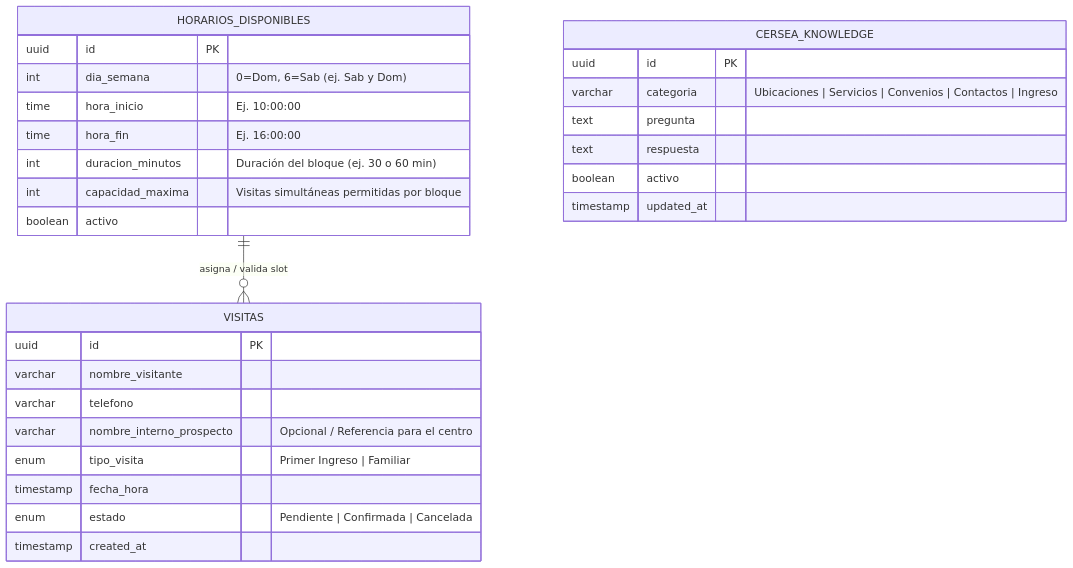
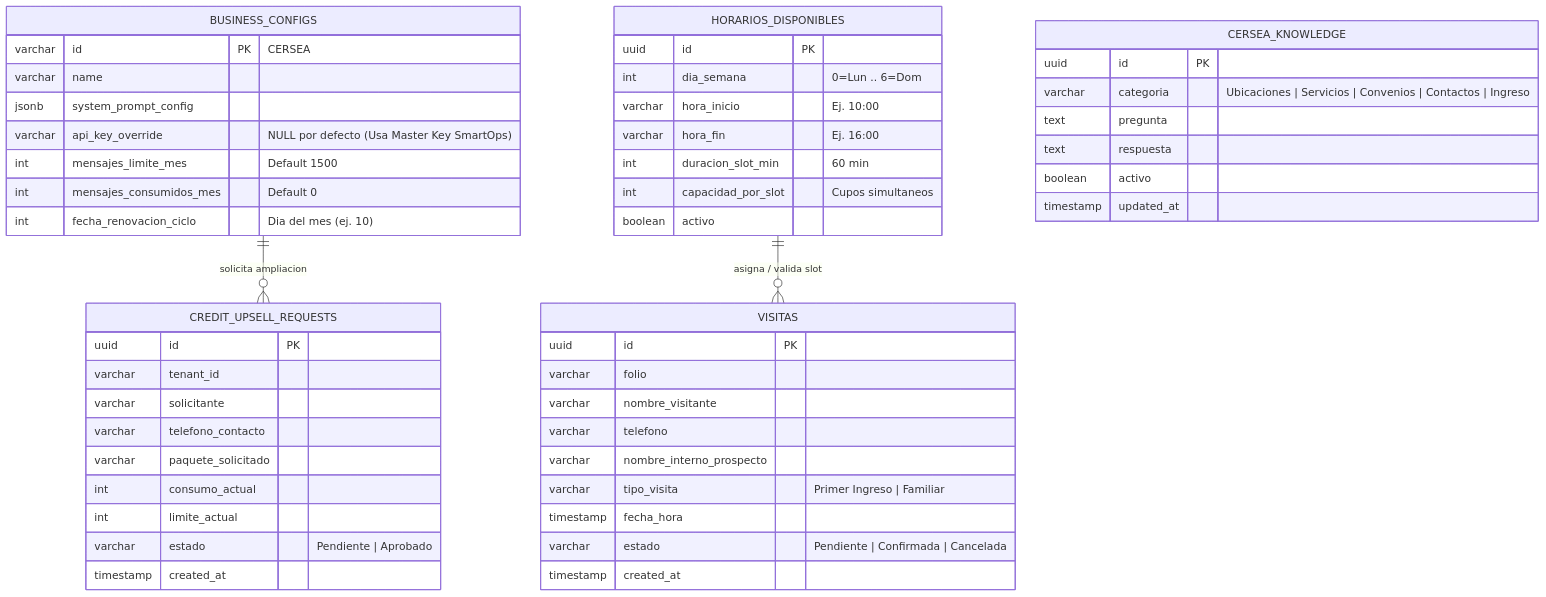
Before and after one commit to emmiliotapia/web-cersea: the diagram in database.md, drawn with Mermaid. The commit also changed other lines of this file and 6 other files, not shown here.

Commit message:
feat(credits): implement turnkey SaaS credit manager, fallback saturation and upsell dashboard in /admin

````diff
--- a/database.md
+++ b/database.md
@@ -14,34 +13,58 @@
 ```mermaid
 erDiagram
+    BUSINESS_CONFIGS ||--o{ CREDIT_UPSELL_REQUESTS : "solicita ampliacion"
     HORARIOS_DISPONIBLES ||--o{ VISITAS : "asigna / valida slot"
     
+    BUSINESS_CONFIGS {
+        varchar id PK "CERSEA"
+        varchar name
+        jsonb system_prompt_config
+        varchar api_key_override "NULL por defecto (Usa Master Key SmartOps)"
+        int mensajes_limite_mes "Default 1500"
+        int mensajes_consumidos_mes "Default 0"
+        int fecha_renovacion_ciclo "Dia del mes (ej. 10)"
+    }
+
+    CREDIT_UPSELL_REQUESTS {
+        uuid id PK
+        varchar tenant_id
+        varchar solicitante
+        varchar telefono_contacto
+        varchar paquete_solicitado
+        int consumo_actual
+        int limite_actual
+        varchar estado "Pendiente | Aprobado"
+        timestamp created_at
+    }
+
     CERSEA_KNOWLEDGE {
         uuid id PK
         varchar categoria "Ubicaciones | Servicios | Convenios | Contactos | Ingreso"
         text pregunta
         text respuesta
         boolean activo
         timestamp updated_at
     }
 
     VISITAS {
         uuid id PK
+        varchar folio
         varchar nombre_visitante
         varchar telefono
-        varchar nombre_interno_prospecto "Opcional / Referencia para el centro"
-        enum tipo_visita "Primer Ingreso | Familiar"
+        varchar nombre_interno_prospecto
+        varchar tipo_visita "Primer Ingreso | Familiar"
         timestamp fecha_hora
-        enum estado "Pendiente | Confirmada | Cancelada"
+        varchar estado "Pendiente | Confirmada | Cancelada"
         timestamp created_at
     }
 
     HORARIOS_DISPONIBLES {
         uuid id PK
-        int dia_semana "0=Dom, 6=Sab (ej. Sab y Dom)"
-        time hora_inicio "Ej. 10:00:00"
-        time hora_fin "Ej. 16:00:00"
-        int duracion_minutos "Duración del bloque (ej. 30 o 60 min)"
-        int capacidad_maxima "Visitas simultáneas permitidas por bloque"
+        int dia_semana "0=Lun .. 6=Dom"
+        varchar hora_inicio "Ej. 10:00"
+        varchar hora_fin "Ej. 16:00"
+        int duracion_slot_min "60 min"
+        int capacidad_por_slot "Cupos simultaneos"
         boolean activo
     }
 ```
````
